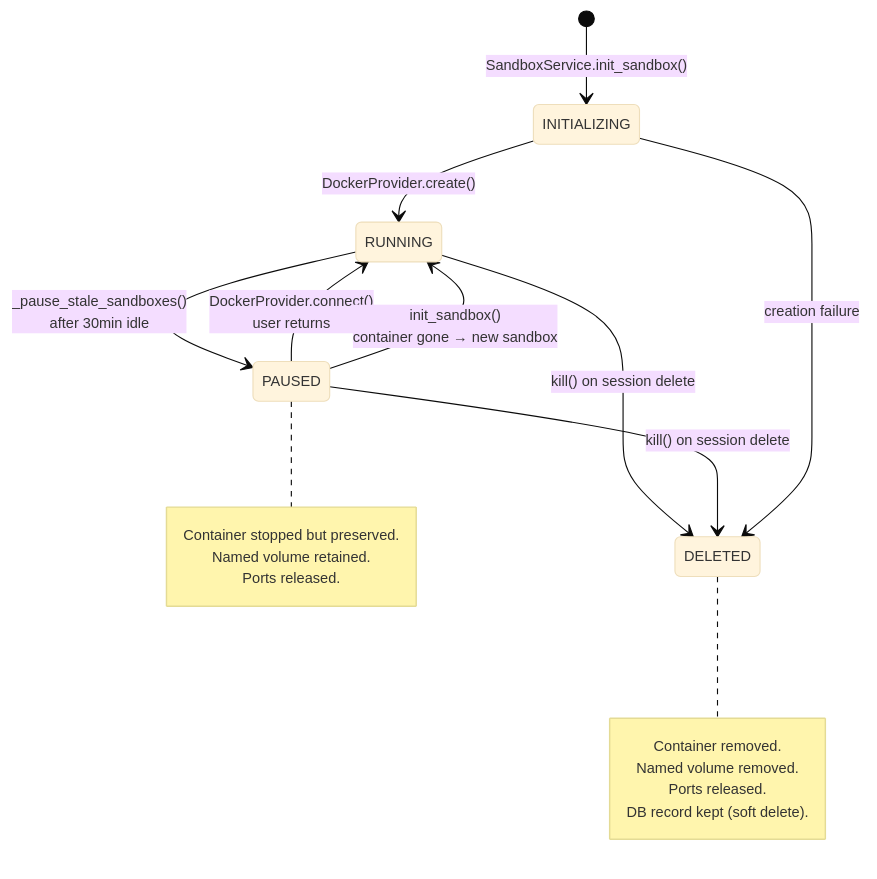
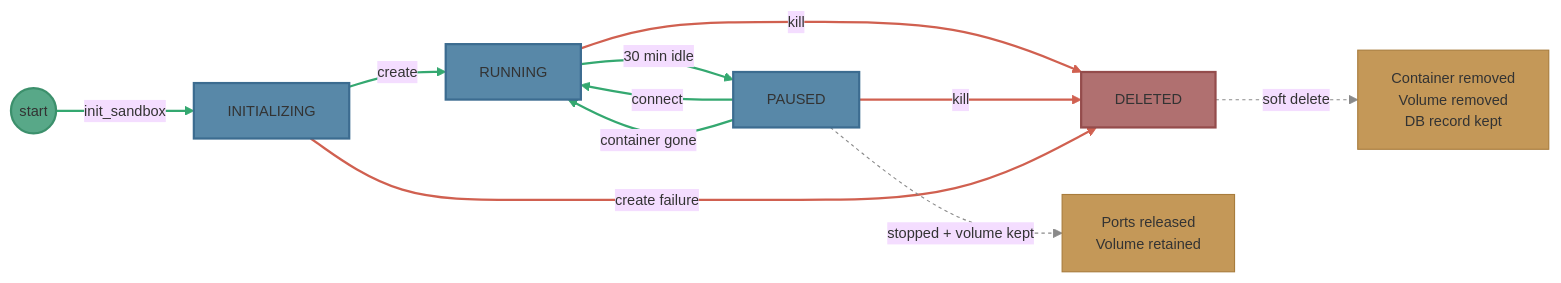
Before and after one commit to Intelligent-Internet/ii-agent: the second of 4 diagrams in docs/design-docs/sandbox-lifecycle-assessment.md, drawn with Mermaid. The commit also changed other lines of this file and 72 other files, not shown here.

````diff
--- a/docs/design-docs/sandbox-lifecycle-assessment.md
+++ b/docs/design-docs/sandbox-lifecycle-assessment.md
@@ -112,25 +124,29 @@
 ```mermaid
 %%{init: {'theme':'base', 'themeVariables': {'fontFamily': 'Arial, sans-serif', 'fontSize': '13px', 'fontWeight': 'normal'}}}%%
-stateDiagram-v2
-    [*] --> INITIALIZING: SandboxService.init_sandbox()
-    INITIALIZING --> RUNNING: DockerProvider.create()
-    RUNNING --> PAUSED: _pause_stale_sandboxes()<br/>after 30min idle
-    PAUSED --> RUNNING: DockerProvider.connect()<br/>user returns
-    RUNNING --> DELETED: kill() on session delete
-    PAUSED --> DELETED: kill() on session delete
-    PAUSED --> RUNNING: init_sandbox()<br/>container gone → new sandbox
-    INITIALIZING --> DELETED: creation failure
+flowchart LR
+    START(("start")) -->|init_sandbox| INIT["INITIALIZING"]
+    INIT -->|create| RUN["RUNNING"]
+    RUN -->|30 min idle| PAU["PAUSED"]
+    PAU -->|connect| RUN
+    PAU -->|container gone| RUN
+    RUN -->|kill| DEL["DELETED"]
+    PAU -->|kill| DEL
+    INIT -->|create failure| DEL
 
-    note right of PAUSED
-        Container stopped but preserved.
-        Named volume retained.
-        Ports released.
-    end note
+    PAU -.->|stopped + volume kept| PAUNOTE["Ports released<br/>Volume retained"]
+    DEL -.->|soft delete| DELNOTE["Container removed<br/>Volume removed<br/>DB record kept"]
 
-    note right of DELETED
-        Container removed.
-        Named volume removed.
-        Ports released.
-        DB record kept (soft delete).
-    end note
+    classDef state fill:#5888a8,stroke:#3c6c90,stroke-width:2px
+    classDef terminal fill:#b07070,stroke:#944c4c,stroke-width:2px
+    classDef note fill:#c49858,stroke:#a87c3c,stroke-width:1px
+    classDef entry fill:#58a888,stroke:#3c906c,stroke-width:2px
+
+    class INIT,RUN,PAU state
+    class DEL terminal
+    class PAUNOTE,DELNOTE note
+    class START entry
+
+    linkStyle 0,1,2,3,4 stroke:#34a870,stroke-width:2px
+    linkStyle 5,6,7 stroke:#d06050,stroke-width:2px
+    linkStyle 8,9 stroke:#8a8a8a,stroke-width:1px,stroke-dasharray:3 3
 ```
````
